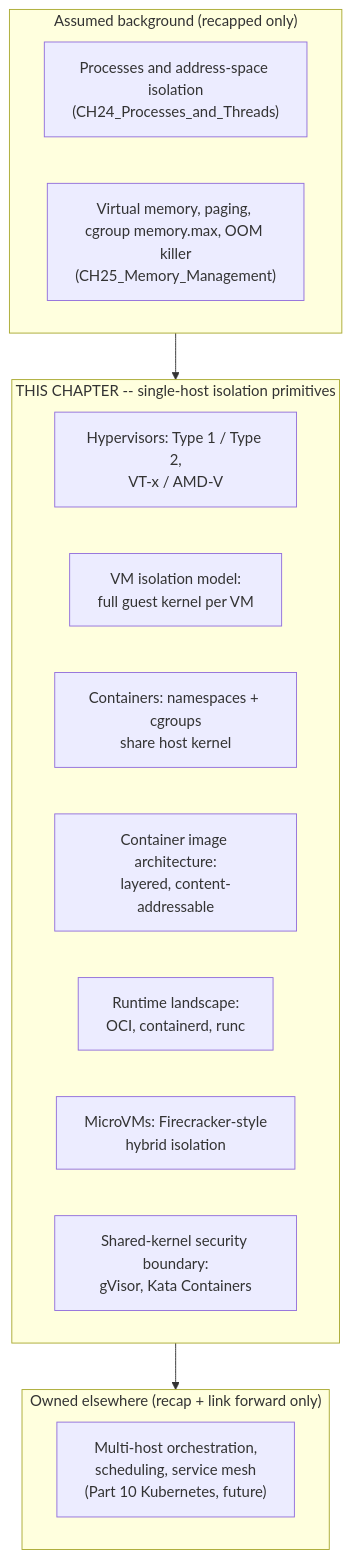
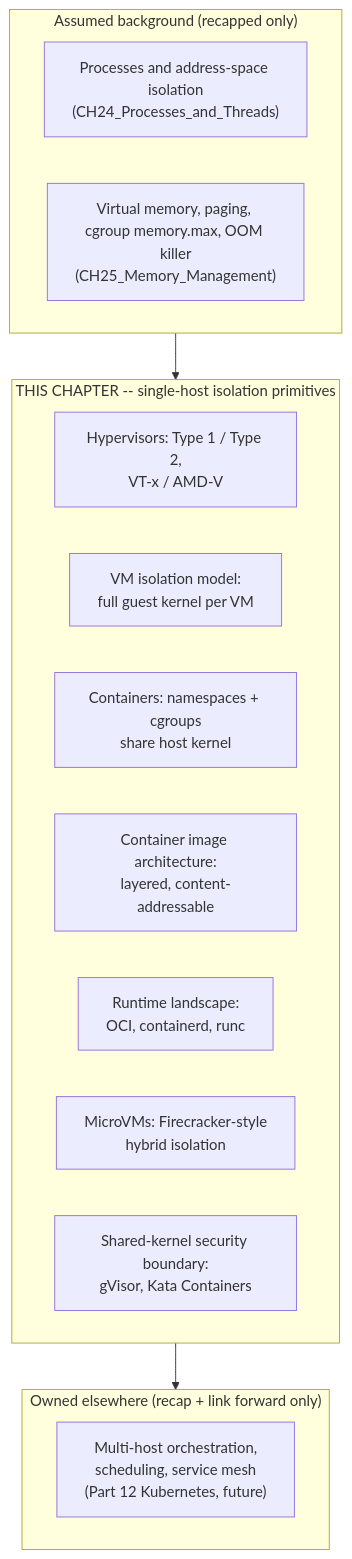
Before and after one commit to joydasss/Architect: the first of 20 diagrams in 05_Networking_and_OS/CH28_Virtualization_and_Container_Fundamentals.md, drawn with Mermaid. The commit also changed other lines of this file and 66 other files, not shown here.

````diff
--- a/05_Networking_and_OS/CH28_Virtualization_and_Container_Fundamentals.md
+++ b/05_Networking_and_OS/CH28_Virtualization_and_Container_Fundamentals.md
@@ -49,20 +49,20 @@
 ```mermaid
 flowchart TB
     subgraph Prereq["Assumed background (recapped only)"]
         PT["Processes and address-space isolation<br/>(CH24_Processes_and_Threads)"]
         MM["Virtual memory, paging, cgroup memory.max, OOM killer<br/>(CH25_Memory_Management)"]
     end
     subgraph ThisChapter["THIS CHAPTER -- single-host isolation primitives"]
         HV["Hypervisors: Type 1 / Type 2,<br/>VT-x / AMD-V"]
         VMI["VM isolation model:<br/>full guest kernel per VM"]
         CTR["Containers: namespaces + cgroups<br/>share host kernel"]
         IMG["Container image architecture:<br/>layered, content-addressable"]
         RT["Runtime landscape:<br/>OCI, containerd, runc"]
         MVM["MicroVMs: Firecracker-style<br/>hybrid isolation"]
         SEC["Shared-kernel security boundary:<br/>gVisor, Kata Containers"]
     end
     subgraph Next["Owned elsewhere (recap + link forward only)"]
-        K8S["Multi-host orchestration,<br/>scheduling, service mesh<br/>(Part 10 Kubernetes, future)"]
+        K8S["Multi-host orchestration,<br/>scheduling, service mesh<br/>(Part 12 Kubernetes, future)"]
     end
     Prereq --> ThisChapter --> Next
 ```
````
